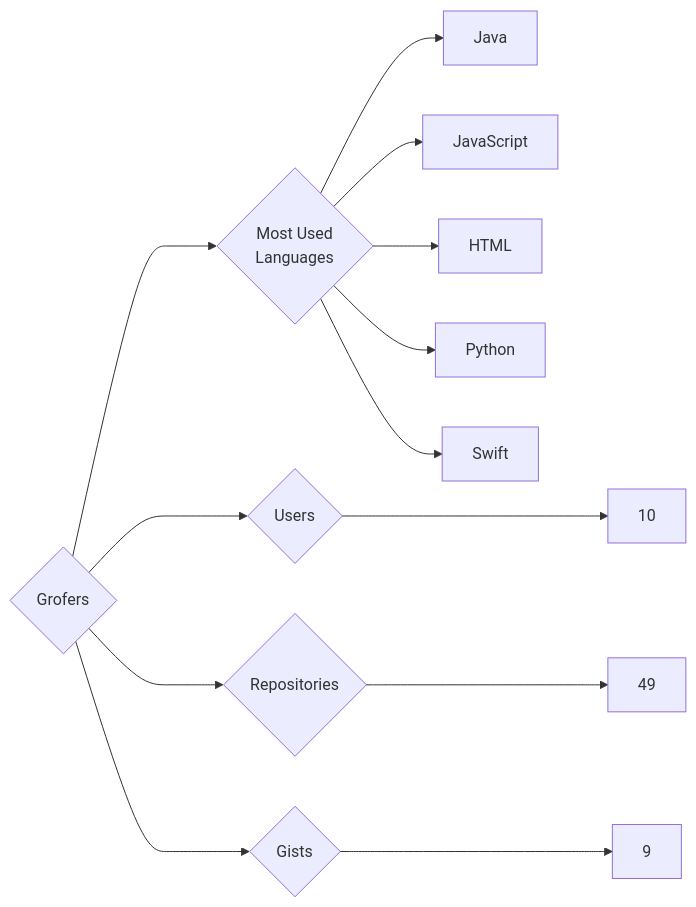
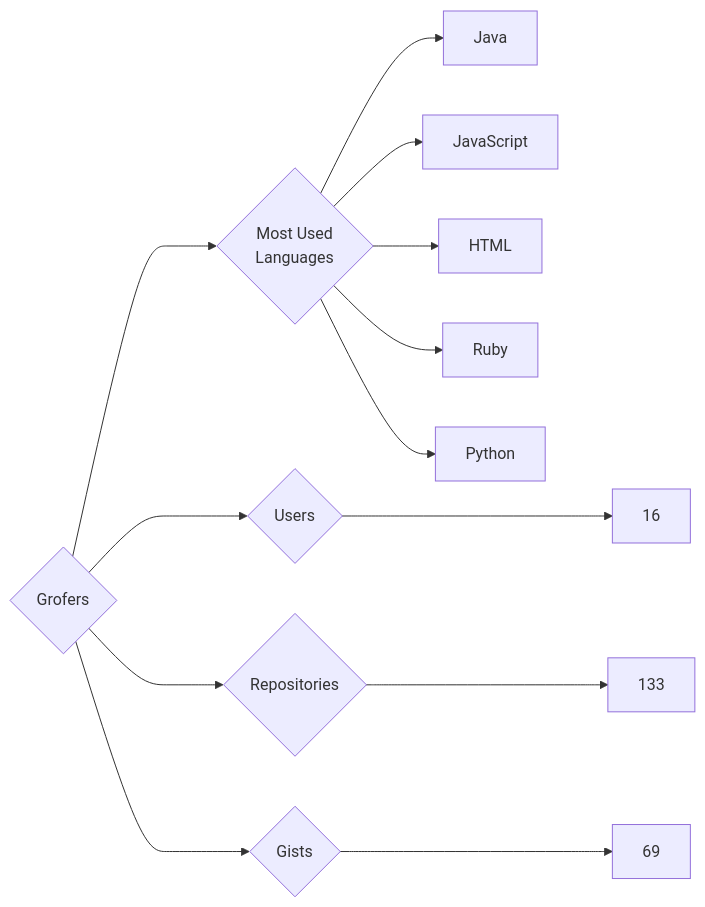
Before and after one commit to trickest/insiders: the diagram in targets/Grofers/README.md, drawn with Mermaid. The commit also changed 1170 other files, not shown here.

````diff
--- a/targets/Grofers/README.md
+++ b/targets/Grofers/README.md
@@ -3,13 +3,13 @@
 ```mermaid
 graph LR
 COMPANY_NAME{Grofers}
-COMPANY_NAME ---> U{Users} ---> UN[10]
-COMPANY_NAME ---> R{Repositories} ---> RN[49]
-COMPANY_NAME ---> G{Gists} ---> GN[9]
+COMPANY_NAME ---> U{Users} ---> UN[16]
+COMPANY_NAME ---> R{Repositories} ---> RN[133]
+COMPANY_NAME ---> G{Gists} ---> GN[69]
 COMPANY_NAME ---> ML{Most Used<br>Languages}
 ML --> Java[Java]
 ML --> JavaScript[JavaScript]
 ML --> HTML[HTML]
+ML --> Ruby[Ruby]
 ML --> Python[Python]
-ML --> Swift[Swift]
 ```
````
